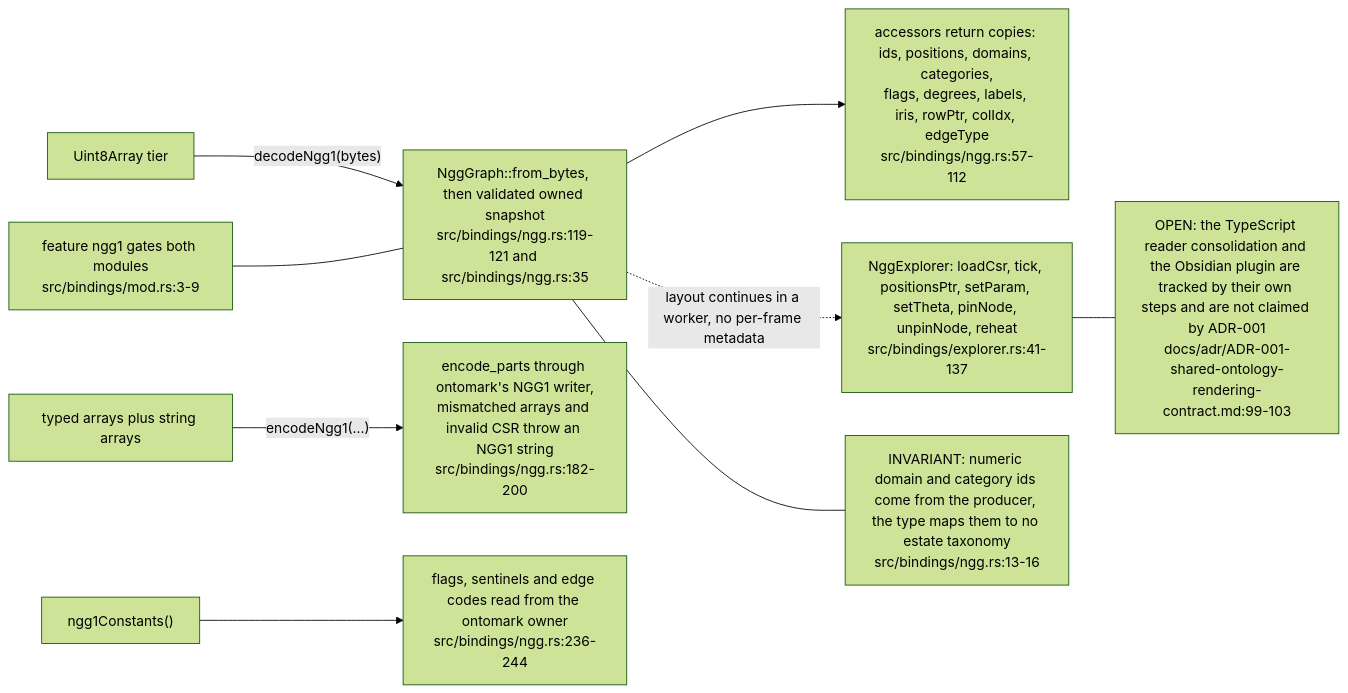
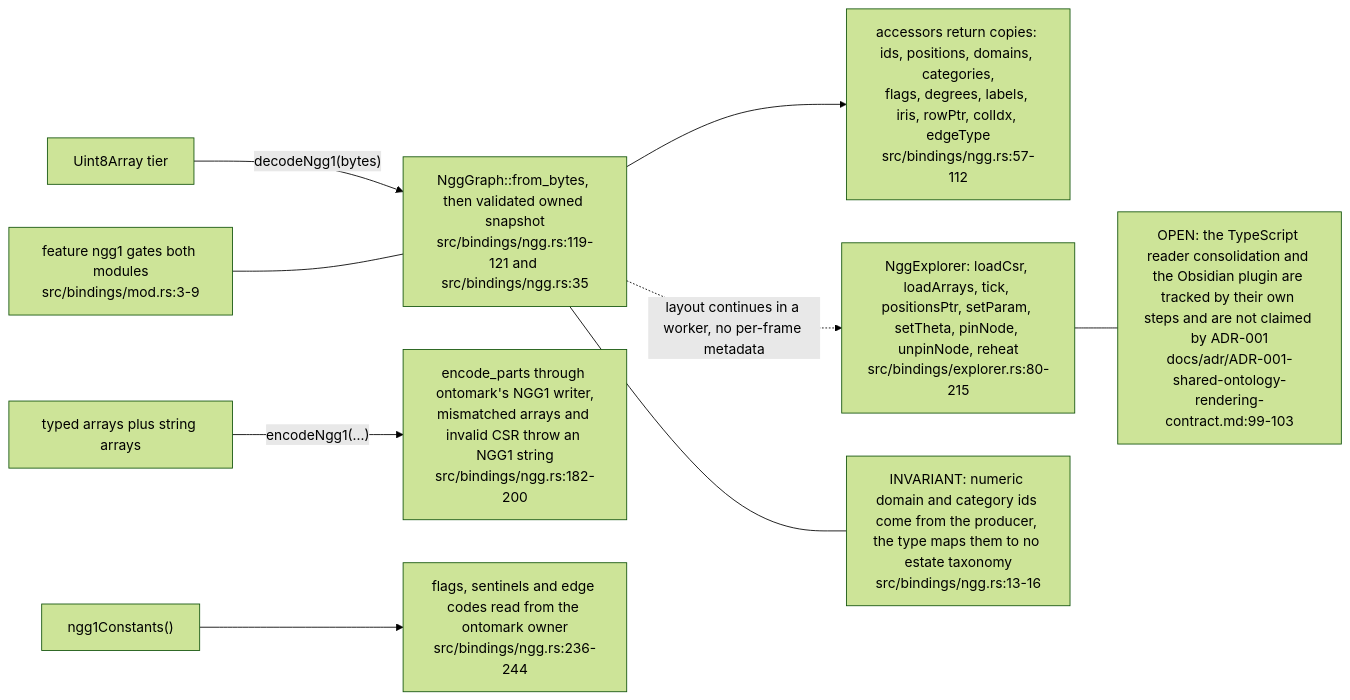
One commit to DreamLab-AI/VisionFlow changed the seventh of 8 diagrams in docs/diagrams/vowl-wasm/04-js-api-examples-and-consumers.md. Above: the diagram before and after it, drawn with Mermaid (forest theme). The commit also changed other lines of this file and 48 other files, not shown here.

Commit message:
docs: reconcile estate repairs and first diagram refresh batch

````diff
--- a/docs/diagrams/vowl-wasm/04-js-api-examples-and-consumers.md
+++ b/docs/diagrams/vowl-wasm/04-js-api-examples-and-consumers.md
@@ -126,13 +126,13 @@
 ```mermaid
 flowchart LR
     BYTES["Uint8Array tier"] -->|"decodeNgg1(bytes)"| DEC["NggGraph::from_bytes, then validated owned snapshot<br/>src/bindings/ngg.rs:119-121 and src/bindings/ngg.rs:35"]
     DEC --> GET["accessors return copies: ids, positions, domains, categories,<br/>flags, degrees, labels, iris, rowPtr, colIdx, edgeType<br/>src/bindings/ngg.rs:57-112"]
     FIELDS["typed arrays plus string arrays"] -->|"encodeNgg1(...)"| ENC["encode_parts through ontomark's NGG1 writer,<br/>mismatched arrays and invalid CSR throw an NGG1 string<br/>src/bindings/ngg.rs:182-200"]
     CONST["ngg1Constants()"] --> OWN["flags, sentinels and edge codes read from the ontomark owner<br/>src/bindings/ngg.rs:236-244"]
-    DEC -. "layout continues in a worker, no per-frame metadata" .-> EXP["NggExplorer: loadCsr, tick, positionsPtr, setParam, setTheta, pinNode, unpinNode, reheat<br/>src/bindings/explorer.rs:41-137"]
+    DEC -. "layout continues in a worker, no per-frame metadata" .-> EXP["NggExplorer: loadCsr, loadArrays, tick, positionsPtr, setParam, setTheta, pinNode, unpinNode, reheat<br/>src/bindings/explorer.rs:80-215"]
     GATE["feature ngg1 gates both modules<br/>src/bindings/mod.rs:3-9"] --- DEC
     N1["INVARIANT: numeric domain and category ids come from the producer, the type maps them to no estate taxonomy<br/>src/bindings/ngg.rs:13-16"]
     N2["OPEN: the TypeScript reader consolidation and the Obsidian plugin are tracked by their own steps and are not claimed by ADR-001<br/>docs/adr/ADR-001-shared-ontology-rendering-contract.md:99-103"]
     DEC --- N1
     EXP --- N2
 ```
````
